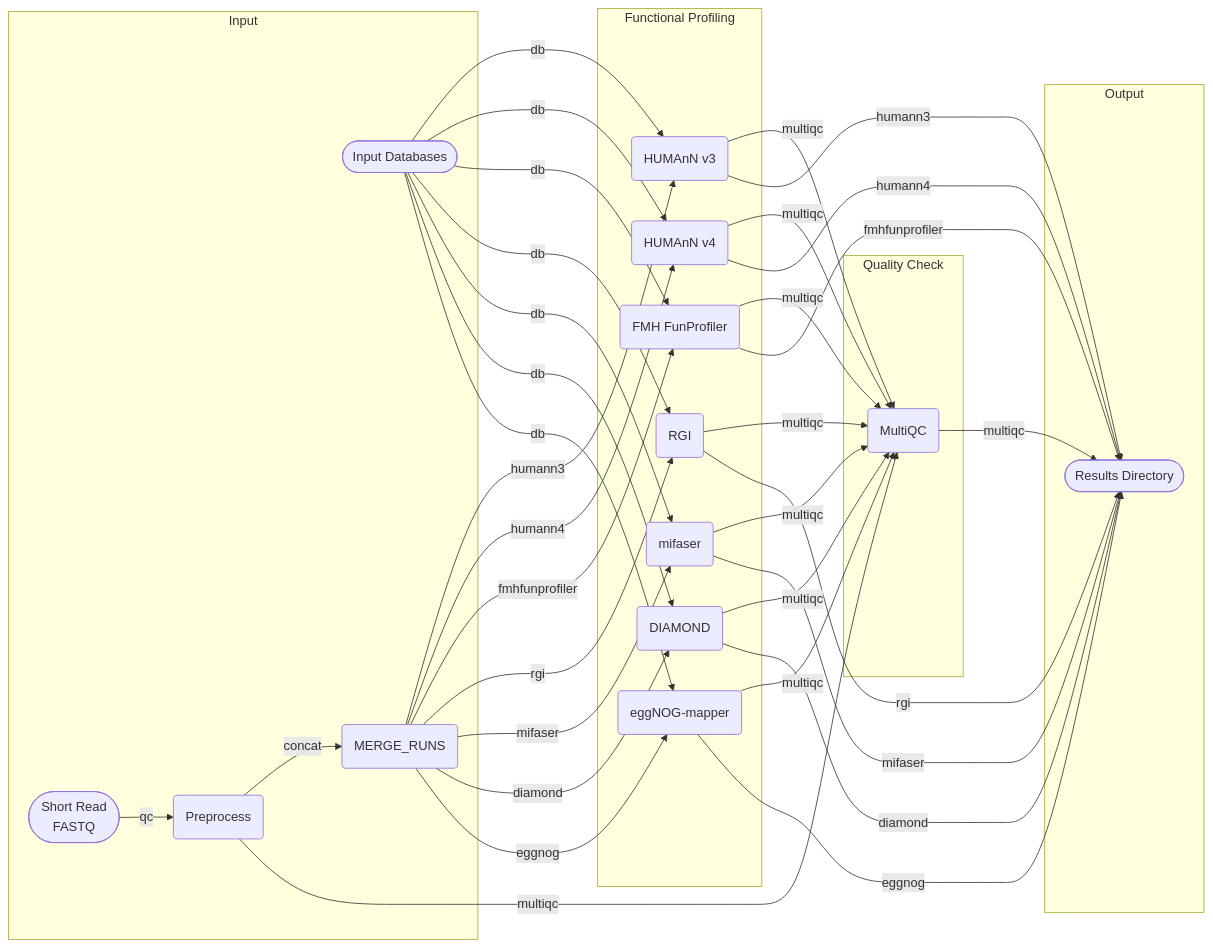
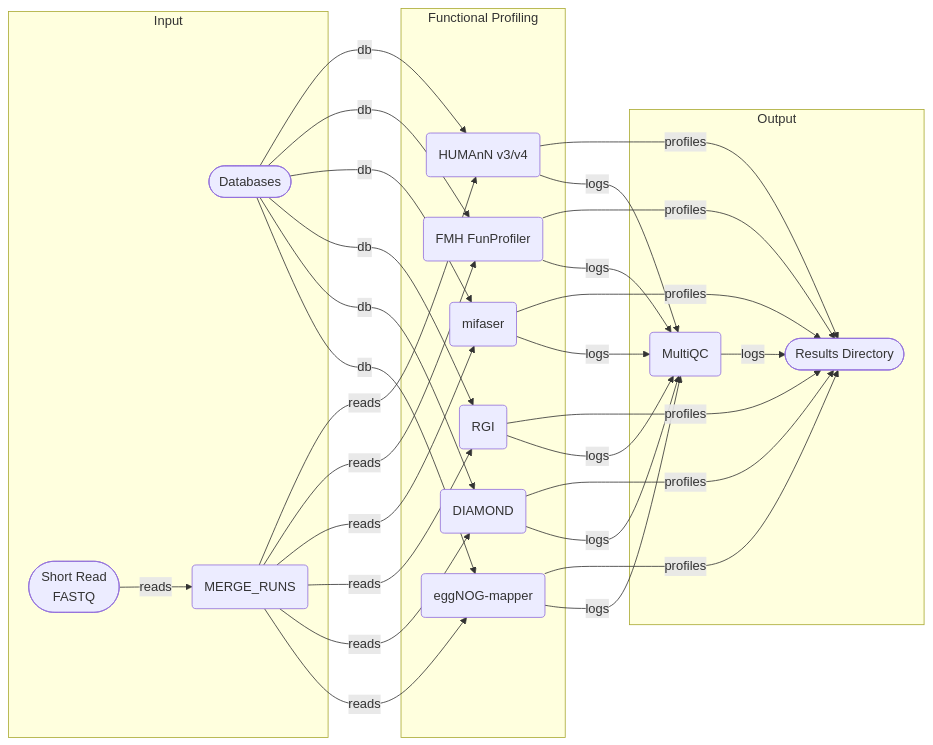
The diagram in assets/pipeline.mmd (nf-core/funcprofiler), drawn with Mermaid before and after one commit. The commit also changed 2 other files, not shown here.

Commit message:
Simplify metro map
Drops the preprocessing node, which 1.0.0 does not have, and collapses the
per-profiler lines into reads, databases, profiles and logs.

```diff
--- a/assets/pipeline.mmd
+++ b/assets/pipeline.mmd
@@ -1,79 +1,59 @@
 graph LR
-    %%metro line: qc | Preprocessing & QC | #4CAF50
-    %%metro line: concat | Merge & Concat | #2196F3
-    %%metro line: humann3 | HUMAnN v3 | #FF9800
-    %%metro line: humann4 | HUMAnN v4 | #FF5722
-    %%metro line: fmhfunprofiler | FMH FunProfiler | #E91E63
-    %%metro line: rgi | RGI | #CDDC39
-    %%metro line: mifaser | mifaser | #00BCD4
-    %%metro line: diamond | DIAMOND | #9C27B0
-    %%metro line: eggnog | eggNOG-mapper | #3F51B5
-    %%metro line: multiqc | Reporting | #795548
-    %%metro line: db | Database Prep | #607D8B
+    %%metro line: reads | Reads | #2196F3
+    %%metro line: db | Databases | #607D8B
+    %%metro line: profiles | Profiles | #E91E63
+    %%metro line: logs | Logs | #795548
 
     subgraph input[Input]
         input_short([Short Read\nFASTQ])
-        input_dbs([Input Databases])
-        sr_qc(Preprocess)
+        input_dbs([Databases])
         merge(MERGE_RUNS)
     end
 
     subgraph profiling[Functional Profiling]
-        humann3(HUMAnN v3)
-        humann4(HUMAnN v4)
+        humann(HUMAnN v3/v4)
         fmhfunprofiler(FMH FunProfiler)
+        mifaser(mifaser)
         RGI(RGI)
-        mifaser(mifaser)
         diamond(DIAMOND)
         eggnog_mapper(eggNOG-mapper)
     end
 
-    subgraph QC[Quality Check]
+    subgraph Output[Output]
         multiqc(MultiQC)
-    end
-
-    subgraph Output[Output]
         output([Results Directory])
     end
 
-    %% DB Prep
-    input_dbs -->|db| humann3
-    input_dbs -->|db| humann4
+    %% Reads
+    input_short -->|reads| merge
+    merge -->|reads| humann
+    merge -->|reads| fmhfunprofiler
+    merge -->|reads| mifaser
+    merge -->|reads| RGI
+    merge -->|reads| diamond
+    merge -->|reads| eggnog_mapper
+
+    %% Databases
+    input_dbs -->|db| humann
     input_dbs -->|db| fmhfunprofiler
+    input_dbs -->|db| mifaser
     input_dbs -->|db| RGI
-    input_dbs -->|db| mifaser
     input_dbs -->|db| diamond
     input_dbs -->|db| eggnog_mapper
 
-    %% Preprocessing
-    input_short -->|qc| sr_qc
-    sr_qc -->|concat| merge
-
-    %% Profiling split
-    merge -->|humann3| humann3
-    merge -->|humann4| humann4
-    merge -->|fmhfunprofiler| fmhfunprofiler
-    merge -->|rgi| RGI
-    merge -->|mifaser| mifaser
-    merge -->|diamond| diamond
-    merge -->|eggnog| eggnog_mapper
+    %% Profile tables
+    humann -->|profiles| output
+    fmhfunprofiler -->|profiles| output
+    mifaser -->|profiles| output
+    RGI -->|profiles| output
+    diamond -->|profiles| output
+    eggnog_mapper -->|profiles| output
 
     %% Reporting
-    sr_qc -->|multiqc| multiqc
-    humann3 -->|multiqc| multiqc
-    humann4 -->|multiqc| multiqc
-    fmhfunprofiler -->|multiqc| multiqc
-    RGI -->|multiqc| multiqc
-    mifaser -->|multiqc| multiqc
-    diamond -->|multiqc| multiqc
-    eggnog_mapper -->|multiqc| multiqc
-
-    %% Output
-    multiqc -->|multiqc| output
-    humann3 -->|humann3| output
-    humann4 -->|humann4| output
-    fmhfunprofiler -->|fmhfunprofiler| output
-    RGI -->|rgi| output
-    mifaser -->|mifaser| output
-    diamond -->|diamond| output
-    eggnog_mapper -->|eggnog| output
+    humann -->|logs| multiqc
+    fmhfunprofiler -->|logs| multiqc
+    mifaser -->|logs| multiqc
+    RGI -->|logs| multiqc
+    diamond -->|logs| multiqc
+    eggnog_mapper -->|logs| multiqc
+    multiqc -->|logs| output
```
